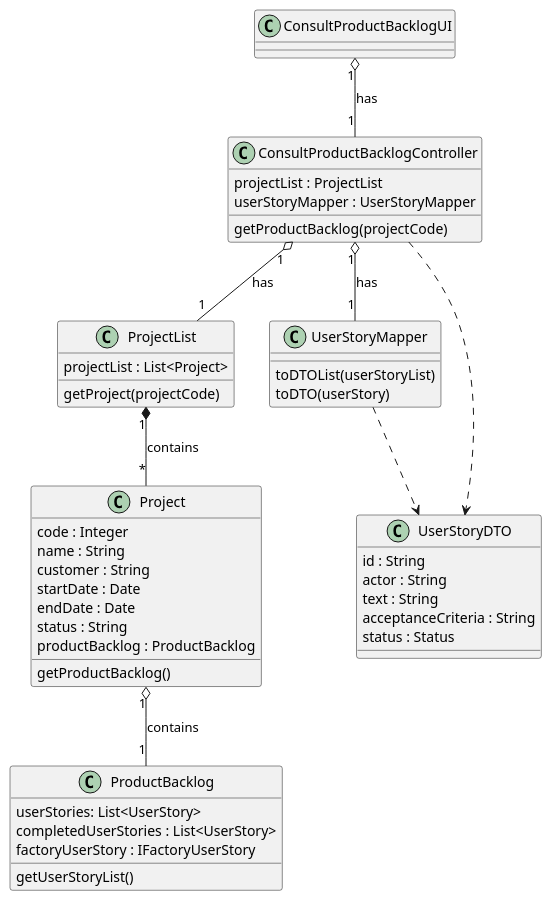
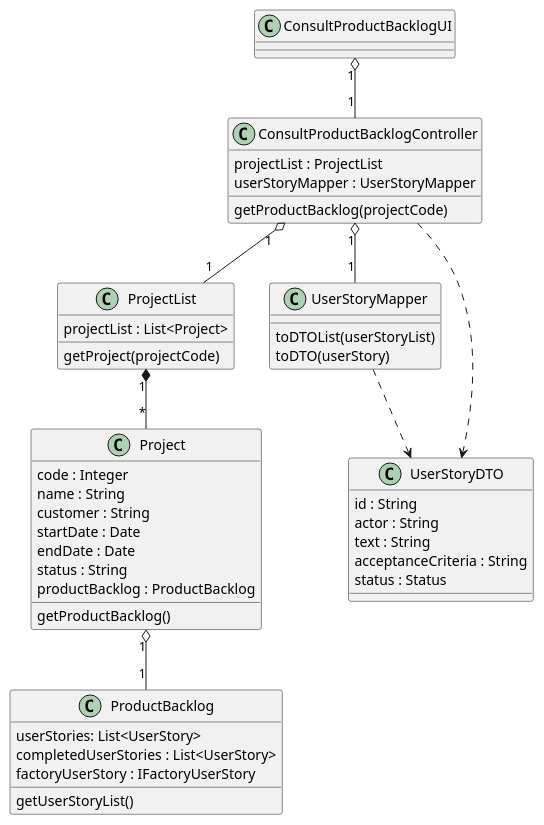
One commit to ivo-menezes/project_g3 changed the diagram in docs/modelling_design/user_stories/us018/US018_ConsultProductBacklogCD.puml. Above: the diagram before and after it, drawn with PlantUML.

Commit message:
US018: Design: Update CD

```diff
--- a/docs/modelling_design/user_stories/us018/US018_ConsultProductBacklogCD.puml
+++ b/docs/modelling_design/user_stories/us018/US018_ConsultProductBacklogCD.puml
@@ -1,54 +1,54 @@
 @startuml
 class ConsultProductBacklogUI {}
 
 class ConsultProductBacklogController {
 projectList : ProjectList
 userStoryMapper : UserStoryMapper
 getProductBacklog(projectCode)
 }
 
 class ProjectList {
 projectList : List<Project>
 getProject(projectCode)
 }
 
 class Project {
 code : Integer
 name : String
 customer : String
 startDate : Date
 endDate : Date
 status : String
 productBacklog : ProductBacklog
 getProductBacklog()
 }
 
 class ProductBacklog {
 userStories: List<UserStory>
 completedUserStories : List<UserStory>
 factoryUserStory : IFactoryUserStory
 getUserStoryList()
 }
 
 class UserStoryMapper{
 toDTOList(userStoryList)
 toDTO(userStory)
 }
 
 class UserStoryDTO {
 id : String
 actor : String
 text : String
 acceptanceCriteria : String
 status : Status
 }
 
-ConsultProductBacklogUI "1" o-- "1" ConsultProductBacklogController : has
-ConsultProductBacklogController "1" o-- "1" ProjectList : has
-ProjectList "1" *-- "*" Project : contains
-Project "1" o-- "1" ProductBacklog : contains
-ConsultProductBacklogController "1" o-- "1" UserStoryMapper : has
+ConsultProductBacklogUI "1" o-- "1" ConsultProductBacklogController
+ConsultProductBacklogController "1 " o-- "1" ProjectList
+ProjectList "1" *-- "*" Project
+Project "1" o-- "1" ProductBacklog
+ConsultProductBacklogController "1" o-- "1" UserStoryMapper
 ConsultProductBacklogController ..> UserStoryDTO
 UserStoryMapper ..> UserStoryDTO
 
 @enduml
```
